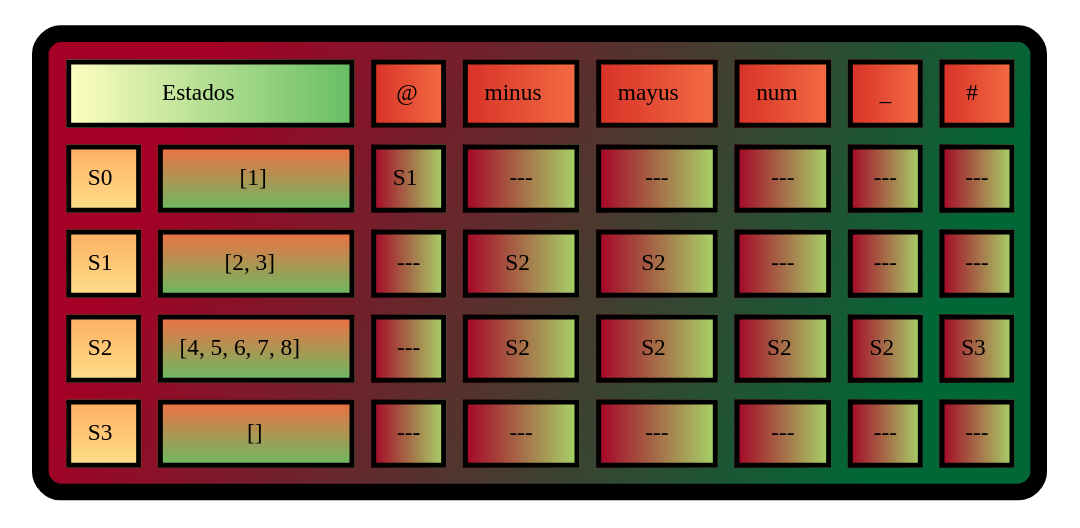
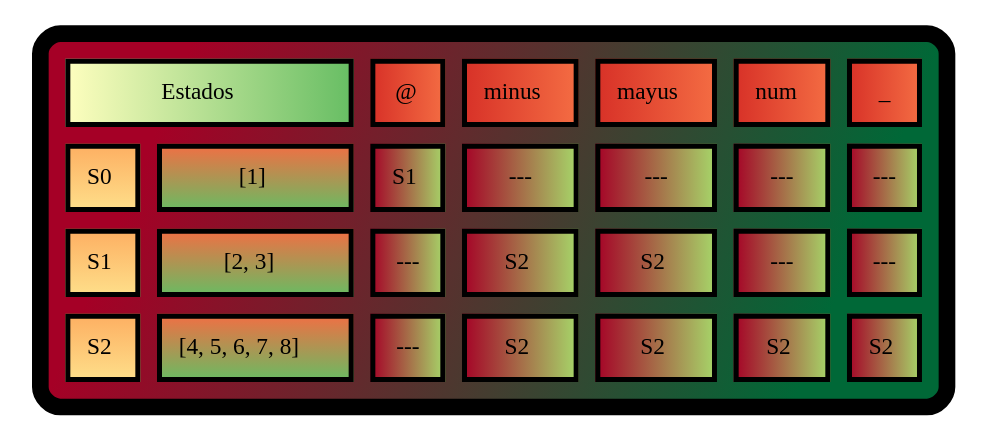
Before and after one commit to AngelArteaga1/OLC_Proyecto1_201901816: the diagram in OLC_Proyecto1_201901816/Transiciones/igusername.dot, drawn with Graphviz. The commit also changed 26 other files, not shown here.

```diff
--- a/OLC_Proyecto1_201901816/Transiciones/igusername.dot
+++ b/OLC_Proyecto1_201901816/Transiciones/igusername.dot
@@ -1,57 +1,43 @@
 digraph G{
 tbl [
 shape=plaintext
 label=<
 <TABLE border="10" cellspacing="10" cellpadding="10" style="rounded" bgcolor="/rdylgn11/1:/rdylgn11/11" gradientangle="315">
 <TR>
 <TD border="3" colspan="2"  bgcolor="/rdylgn11/6:/rdylgn11/9">Estados</TD>
 <TD border="3"  bgcolor="/rdylgn11/2:/rdylgn11/3">@</TD>
 <TD border="3"  bgcolor="/rdylgn11/2:/rdylgn11/3">minus</TD>
 <TD border="3"  bgcolor="/rdylgn11/2:/rdylgn11/3">mayus</TD>
 <TD border="3"  bgcolor="/rdylgn11/2:/rdylgn11/3">num</TD>
 <TD border="3"  bgcolor="/rdylgn11/2:/rdylgn11/3">_</TD>
-<TD border="3"  bgcolor="/rdylgn11/2:/rdylgn11/3">#</TD>
 </TR>
 <TR>
 <TD border="3" bgcolor="/rdylgn11/4:/rdylgn11/5" gradientangle="270">S0</TD>
 <TD border="3" bgcolor="/rdylgn11/3:/rdylgn11/9" gradientangle="270">[1]</TD>
 <TD border="3"  bgcolor="/rdylgn11/1:/rdylgn11/8">S1</TD>
-<TD border="3"  bgcolor="/rdylgn11/1:/rdylgn11/8">---</TD>
 <TD border="3"  bgcolor="/rdylgn11/1:/rdylgn11/8">---</TD>
 <TD border="3"  bgcolor="/rdylgn11/1:/rdylgn11/8">---</TD>
 <TD border="3"  bgcolor="/rdylgn11/1:/rdylgn11/8">---</TD>
 <TD border="3"  bgcolor="/rdylgn11/1:/rdylgn11/8">---</TD>
 </TR>
 <TR>
 <TD border="3" bgcolor="/rdylgn11/4:/rdylgn11/5" gradientangle="270">S1</TD>
 <TD border="3" bgcolor="/rdylgn11/3:/rdylgn11/9" gradientangle="270">[2, 3]</TD>
 <TD border="3"  bgcolor="/rdylgn11/1:/rdylgn11/8">---</TD>
 <TD border="3"  bgcolor="/rdylgn11/1:/rdylgn11/8">S2</TD>
 <TD border="3"  bgcolor="/rdylgn11/1:/rdylgn11/8">S2</TD>
 <TD border="3"  bgcolor="/rdylgn11/1:/rdylgn11/8">---</TD>
 <TD border="3"  bgcolor="/rdylgn11/1:/rdylgn11/8">---</TD>
-<TD border="3"  bgcolor="/rdylgn11/1:/rdylgn11/8">---</TD>
 </TR>
 <TR>
 <TD border="3" bgcolor="/rdylgn11/4:/rdylgn11/5" gradientangle="270">S2</TD>
 <TD border="3" bgcolor="/rdylgn11/3:/rdylgn11/9" gradientangle="270">[4, 5, 6, 7, 8]</TD>
 <TD border="3"  bgcolor="/rdylgn11/1:/rdylgn11/8">---</TD>
 <TD border="3"  bgcolor="/rdylgn11/1:/rdylgn11/8">S2</TD>
 <TD border="3"  bgcolor="/rdylgn11/1:/rdylgn11/8">S2</TD>
 <TD border="3"  bgcolor="/rdylgn11/1:/rdylgn11/8">S2</TD>
 <TD border="3"  bgcolor="/rdylgn11/1:/rdylgn11/8">S2</TD>
-<TD border="3"  bgcolor="/rdylgn11/1:/rdylgn11/8">S3</TD>
-</TR>
-<TR>
-<TD border="3" bgcolor="/rdylgn11/4:/rdylgn11/5" gradientangle="270">S3</TD>
-<TD border="3" bgcolor="/rdylgn11/3:/rdylgn11/9" gradientangle="270">[]</TD>
-<TD border="3"  bgcolor="/rdylgn11/1:/rdylgn11/8">---</TD>
-<TD border="3"  bgcolor="/rdylgn11/1:/rdylgn11/8">---</TD>
-<TD border="3"  bgcolor="/rdylgn11/1:/rdylgn11/8">---</TD>
-<TD border="3"  bgcolor="/rdylgn11/1:/rdylgn11/8">---</TD>
-<TD border="3"  bgcolor="/rdylgn11/1:/rdylgn11/8">---</TD>
-<TD border="3"  bgcolor="/rdylgn11/1:/rdylgn11/8">---</TD>
 </TR>
 </TABLE>
 >];
 }
```
